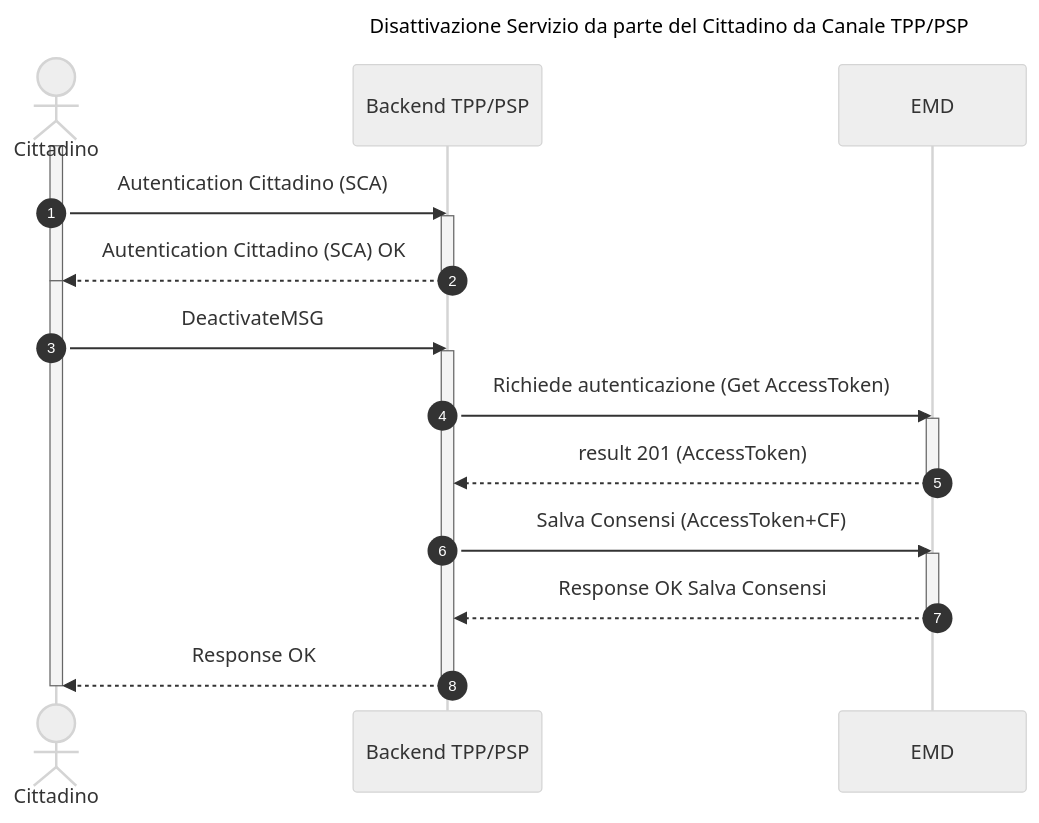
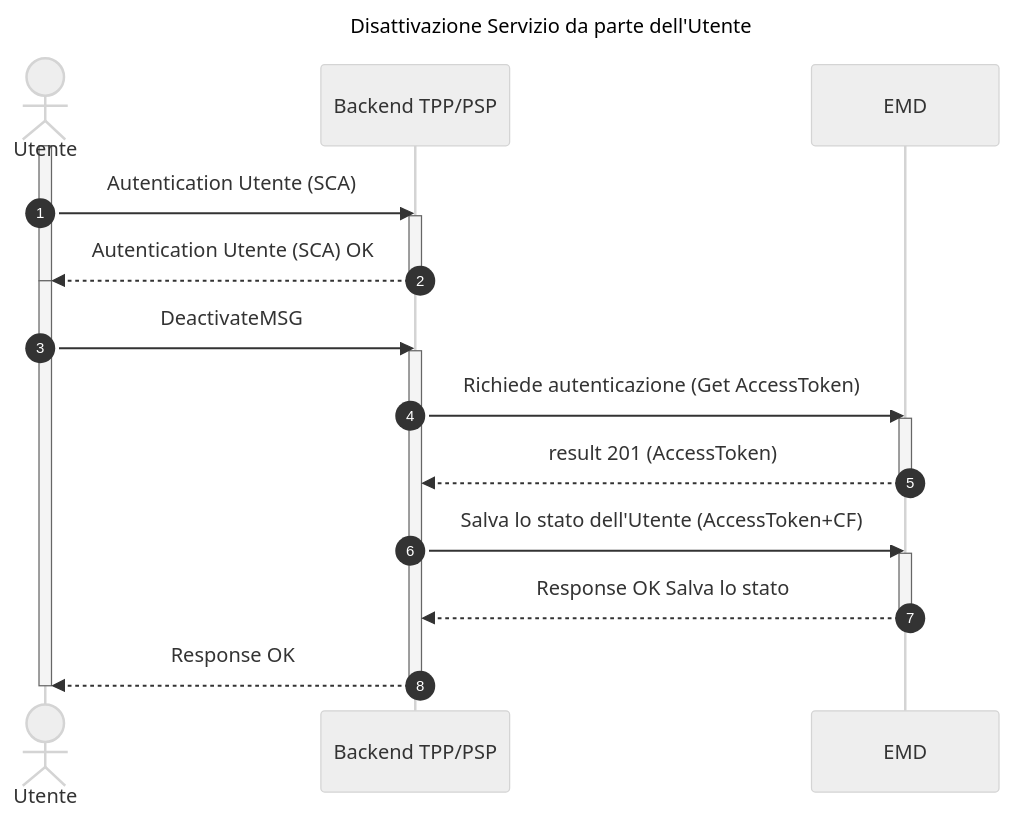
One commit to pagopa/devportal-docs changed the diagram in docs/mdc/manuale-operativo/v1.0/tutorial-per-i-psp/03-ext-processo-citizen-deactivation.md. Above: the diagram before and after it, drawn with Mermaid (neutral theme). The commit also changed other lines of this file and 41 other files, not shown here.

````diff
--- a/docs/mdc/manuale-operativo/v1.0/tutorial-per-i-psp/03-ext-processo-citizen-deactivation.md
+++ b/docs/mdc/manuale-operativo/v1.0/tutorial-per-i-psp/03-ext-processo-citizen-deactivation.md
@@ -22,36 +14,36 @@
 ```mermaid
 sequenceDiagram
-    title Disattivazione Servizio da parte del Cittadino da Canale TPP/PSP
+    title Disattivazione Servizio da parte dell'Utente
     autonumber
 
-    actor Cittadino
+    actor Utente
     participant BETPP as Backend TPP/PSP
     participant EMD
 
     %% Prima fase: Autenticazione SCA
-    activate Cittadino
-    Cittadino->>BETPP: Autentication Cittadino (SCA)
+    activate Utente
+    Utente->>BETPP: Autentication Utente (SCA)
     activate BETPP
-    BETPP-->>Cittadino: Autentication Cittadino (SCA) OK
+    BETPP-->>Utente: Autentication Utente (SCA) OK
     deactivate BETPP
-    deactivate Cittadino
+    deactivate Utente
 
     %% Seconda fase: Disattivazione
-    activate Cittadino
-    Cittadino->>BETPP: DeactivateMSG
+    activate Utente
+    Utente->>BETPP: DeactivateMSG
     activate BETPP
     
     BETPP->>EMD: Richiede autenticazione (Get AccessToken)
     activate EMD
     EMD-->>BETPP: result 201 (AccessToken)
     deactivate EMD
 
-    BETPP->>EMD: Salva Consensi (AccessToken+CF)
+    BETPP->>EMD: Salva lo stato dell'Utente (AccessToken+CF)
     activate EMD
-    EMD-->>BETPP: Response OK Salva Consensi
+    EMD-->>BETPP: Response OK Salva lo stato
     deactivate EMD
 
-    BETPP-->>Cittadino: Response OK
+    BETPP-->>Utente: Response OK
     deactivate BETPP
-    deactivate Cittadino
+    deactivate Utente
 ```
````
